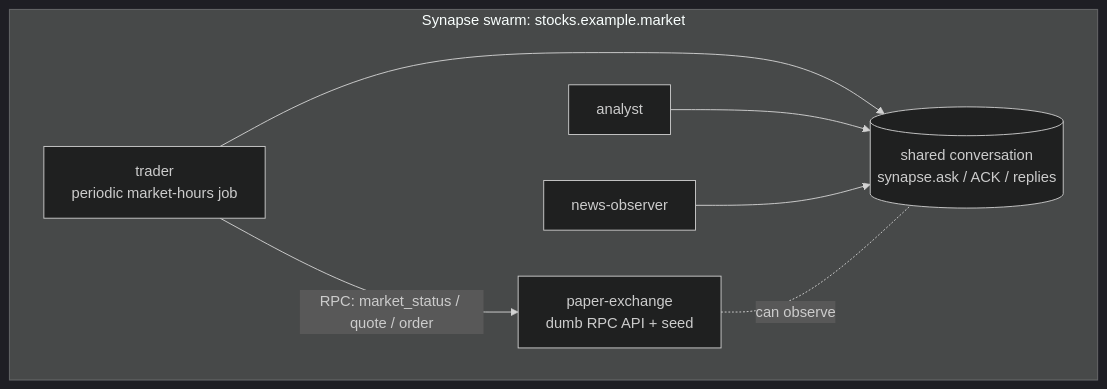
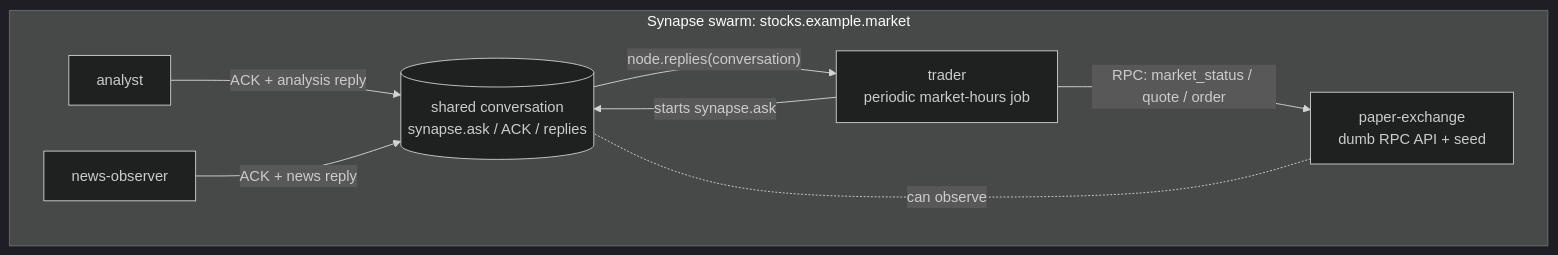
One commit to dvf/synapse changed the diagram in examples/stock_trading_team/README.md. Above: the diagram before and after it, drawn with Mermaid (dark theme). The commit also changed other lines of this file, not shown here.

Commit message:
Clarify trader's interaction in README by detailing conversation replies and RPC checks

````diff
--- a/examples/stock_trading_team/README.md
+++ b/examples/stock_trading_team/README.md
@@ -12,17 +12,18 @@
 ```mermaid
 flowchart TB
     subgraph Swarm["Synapse swarm: stocks.example.market"]
         Conversation[("shared conversation<br/>synapse.ask / ACK / replies")]
         Trader["trader<br/>periodic market-hours job"]
         Analyst["analyst"]
         News["news-observer"]
         Exchange["paper-exchange<br/>dumb RPC API + seed"]
     end
 
-    Trader --> Conversation
-    Analyst --> Conversation
-    News --> Conversation
+    Trader -->|"starts synapse.ask"| Conversation
+    Analyst -->|"ACK + analysis reply"| Conversation
+    News -->|"ACK + news reply"| Conversation
+    Conversation -->|"node.replies(conversation)"| Trader
     Exchange -. can observe .- Conversation
 
     Trader -->|"RPC: market_status / quote / order"| Exchange
 ```
````
